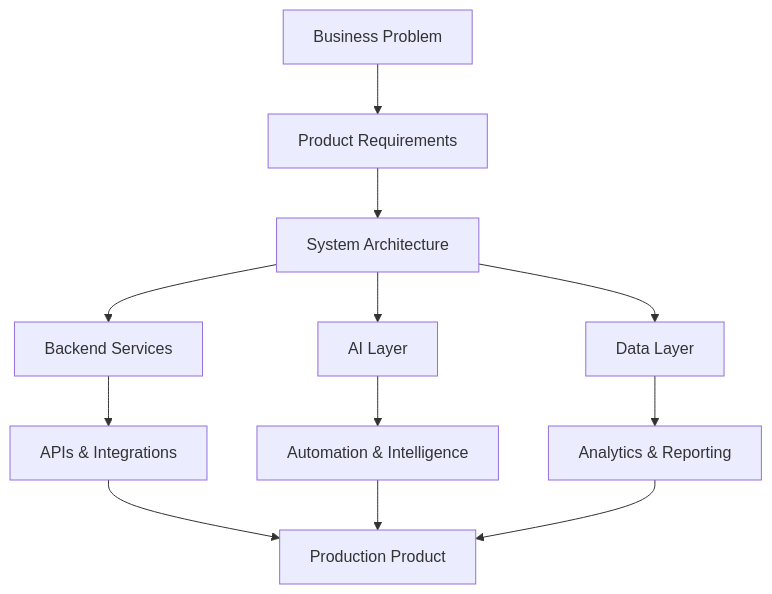
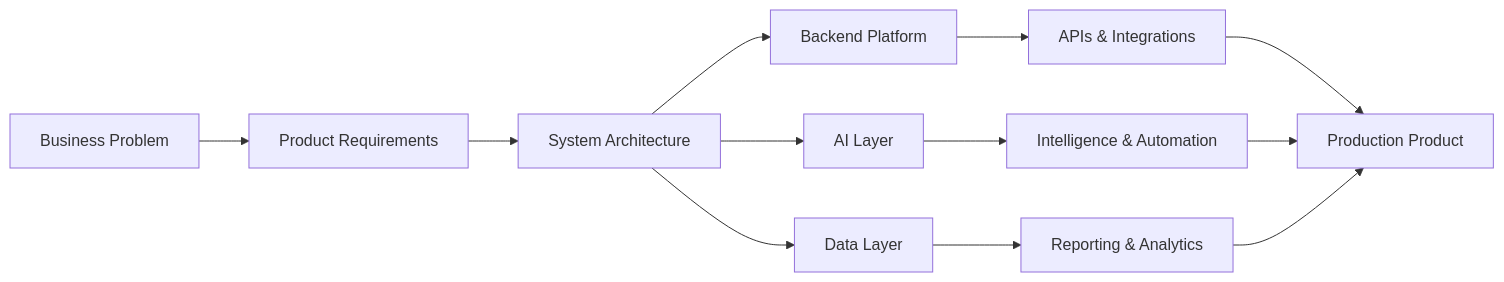
One commit to edgararthur/edgararthur changed the diagram in README.md. Above: the diagram before and after it, drawn with Mermaid. The commit also changed other lines of this file, not shown here.

````diff
--- a/README.md
+++ b/README.md
@@ -177,14 +116,14 @@
 ```mermaid
-flowchart TD
-    A[Business Problem] --> B[Product Requirements]
-    B --> C[System Architecture]
-    C --> D[Backend Services]
-    C --> E[AI Layer]
-    C --> F[Data Layer]
-    D --> G[APIs & Integrations]
-    E --> H[Automation & Intelligence]
-    F --> I[Analytics & Reporting]
-    G --> J[Production Product]
+flowchart LR
+    A["Business Problem"] --> B["Product Requirements"]
+    B --> C["System Architecture"]
+    C --> D["Backend Platform"]
+    C --> E["AI Layer"]
+    C --> F["Data Layer"]
+    D --> G["APIs & Integrations"]
+    E --> H["Intelligence & Automation"]
+    F --> I["Reporting & Analytics"]
+    G --> J["Production Product"]
     H --> J
     I --> J
 ```
````
